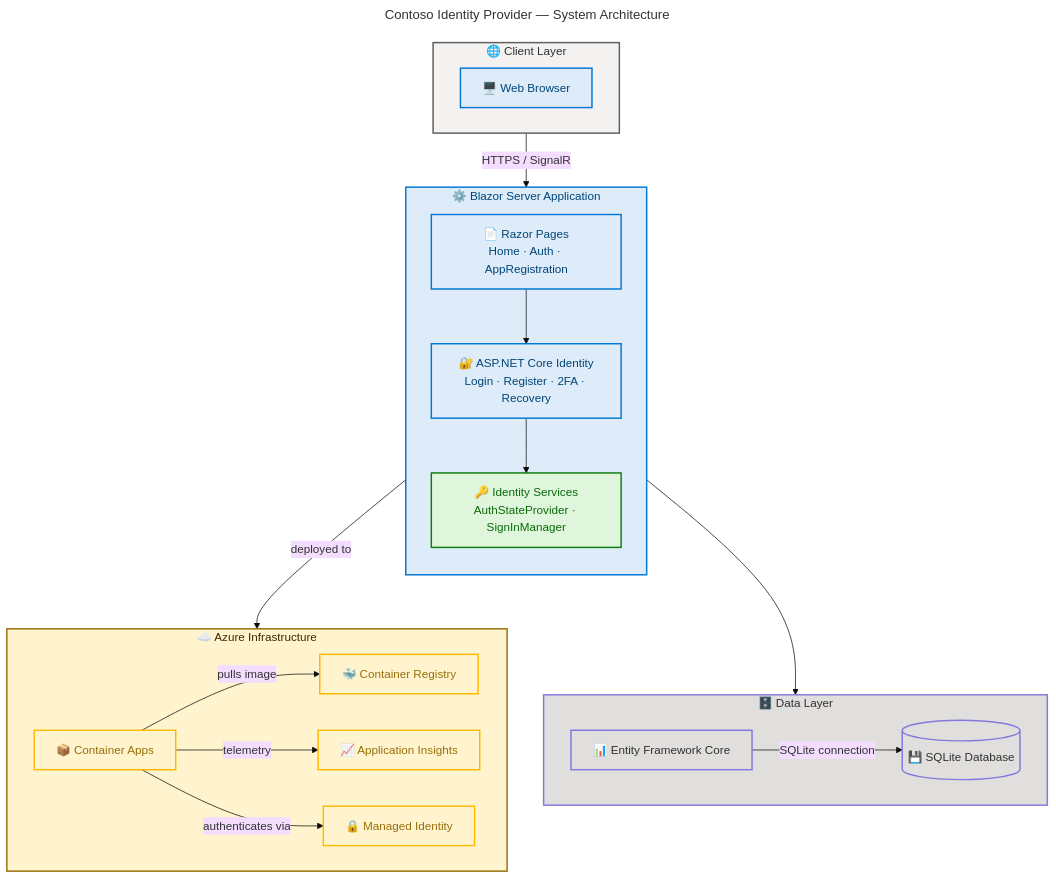
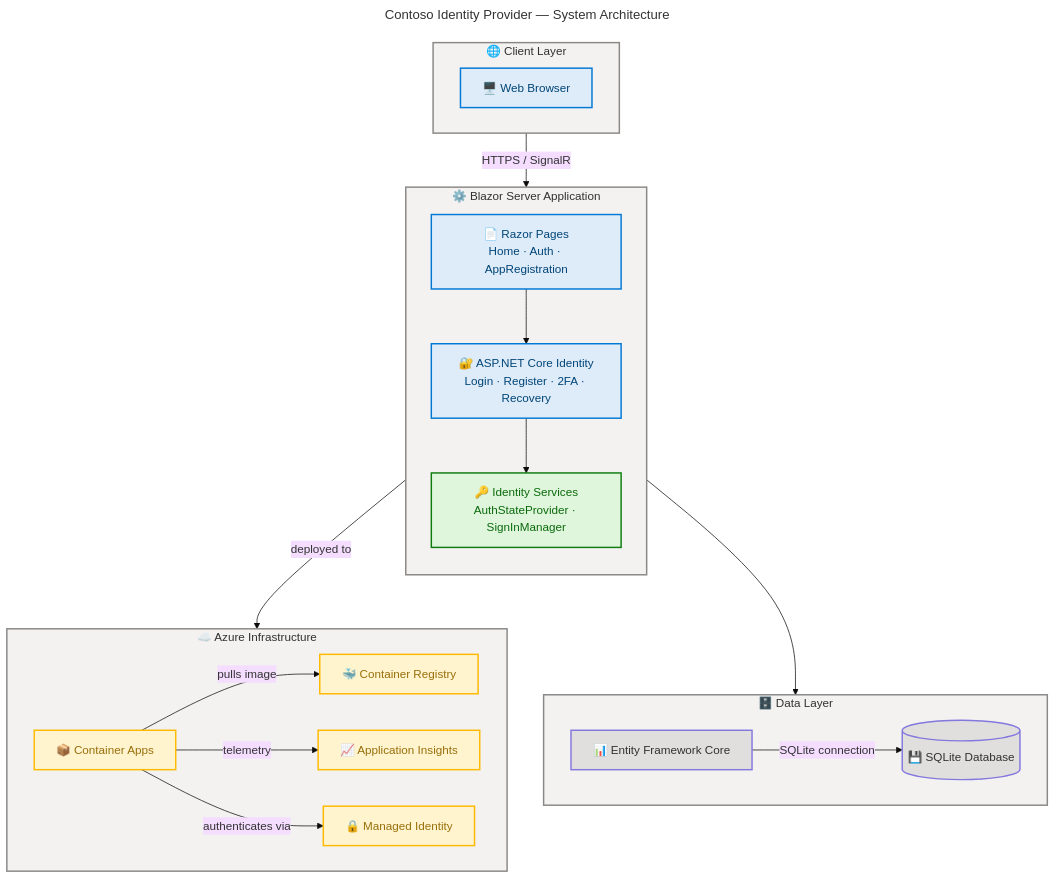
One commit to Evilazaro/IdentityProvider changed the diagram in README.md. Above: the diagram before and after it, drawn with Mermaid.

Commit message:
Update flowchart styling in README.md for semantic clarity and compliance

````diff
--- a/README.md
+++ b/README.md
@@ -37,78 +37,77 @@
 ```mermaid
 ---
 title: "Contoso Identity Provider — System Architecture"
 config:
   theme: base
   look: classic
   layout: dagre
   themeVariables:
     fontSize: '16px'
   flowchart:
     htmlLabels: true
 ---
 flowchart TD
     accTitle: Contoso Identity Provider System Architecture
     accDescr: Shows the layered architecture with client browser, Blazor Server application components, data layer, and Azure infrastructure services
 
     %% ═══════════════════════════════════════════════════════════════════════════
     %% AZURE / FLUENT ARCHITECTURE PATTERN v1.1
     %% (Semantic + Structural + Font + Accessibility Governance)
     %% ═══════════════════════════════════════════════════════════════════════════
     %% PHASE 1 - STRUCTURAL: Direction explicit, flat topology, nesting ≤ 3
     %% PHASE 2 - SEMANTIC: Colors justified, max 5 semantic classes, neutral-first
     %% PHASE 3 - FONT: Dark text on light backgrounds, contrast ≥ 4.5:1
     %% PHASE 4 - ACCESSIBILITY: accTitle/accDescr present, icons on all nodes
     %% PHASE 5 - STANDARD: Governance block present, classDefs centralized
     %% ═══════════════════════════════════════════════════════════════════════════
 
     subgraph client["🌐 Client Layer"]
         direction LR
         browser["🖥️ Web Browser"]:::core
     end
 
     subgraph blazor["⚙️ Blazor Server Application"]
         direction TB
         pages["📄 Razor Pages<br/>Home · Auth · AppRegistration"]:::core
         identity["🔐 ASP.NET Core Identity<br/>Login · Register · 2FA · Recovery"]:::core
         services["🔑 Identity Services<br/>AuthStateProvider · SignInManager"]:::success
     end
 
     subgraph dataLayer["🗄️ Data Layer"]
         direction LR
         efcore["📊 Entity Framework Core"]:::data
         sqlite[("💾 SQLite Database")]:::data
     end
 
     subgraph azure["☁️ Azure Infrastructure"]
         direction LR
         aca["📦 Container Apps"]:::warning
         acr["🐳 Container Registry"]:::warning
         monitor["📈 Application Insights"]:::warning
         managedId["🔒 Managed Identity"]:::warning
     end
 
     browser -->|"HTTPS / SignalR"| pages
     pages --> identity
     identity --> services
     services --> efcore
     efcore -->|"SQLite connection"| sqlite
     blazor -->|"deployed to"| aca
     aca -->|"pulls image"| acr
     aca -->|"telemetry"| monitor
     aca -->|"authenticates via"| managedId
 
-    %% Subgraph styling — semantic colors for functional siblings (MRM-C001)
-    %% client: external boundary (neutral), blazor: core application (blue)
-    %% dataLayer: data persistence (purple/data), azure: infrastructure (yellow/warning)
-    style client fill:#F3F2F1,stroke:#605E5C,stroke-width:2px,color:#323130
-    style blazor fill:#DEECF9,stroke:#0078D4,stroke-width:2px,color:#004578
-    style dataLayer fill:#E1DFDD,stroke:#8378DE,stroke-width:2px,color:#323130
-    style azure fill:#FFF4CE,stroke:#986F0B,stroke-width:2px,color:#3B2C00
+    %% Subgraph styling — neutral containers per AZURE/FLUENT v1.1 (MRM-C001)
+    %% All subgraphs use Neutral Gray 10 (#F3F2F1) — semantic meaning conveyed through node classDefs only
+    style client fill:#F3F2F1,stroke:#8A8886,stroke-width:2px,color:#323130
+    style blazor fill:#F3F2F1,stroke:#8A8886,stroke-width:2px,color:#323130
+    style dataLayer fill:#F3F2F1,stroke:#8A8886,stroke-width:2px,color:#323130
+    style azure fill:#F3F2F1,stroke:#8A8886,stroke-width:2px,color:#323130
 
     %% classDef declarations — centralized at end per pattern compliance
     %% Semantic: core=Blue(API/info), success=Green(services), data=Purple(persistence), warning=Yellow(infra)
     classDef core fill:#DEECF9,stroke:#0078D4,stroke-width:2px,color:#004578
     classDef success fill:#DFF6DD,stroke:#107C10,stroke-width:2px,color:#0B6A0B
     classDef data fill:#E1DFDD,stroke:#8378DE,stroke-width:2px,color:#323130
     classDef warning fill:#FFF4CE,stroke:#FFB900,stroke-width:2px,color:#986F0B
 ```
````
